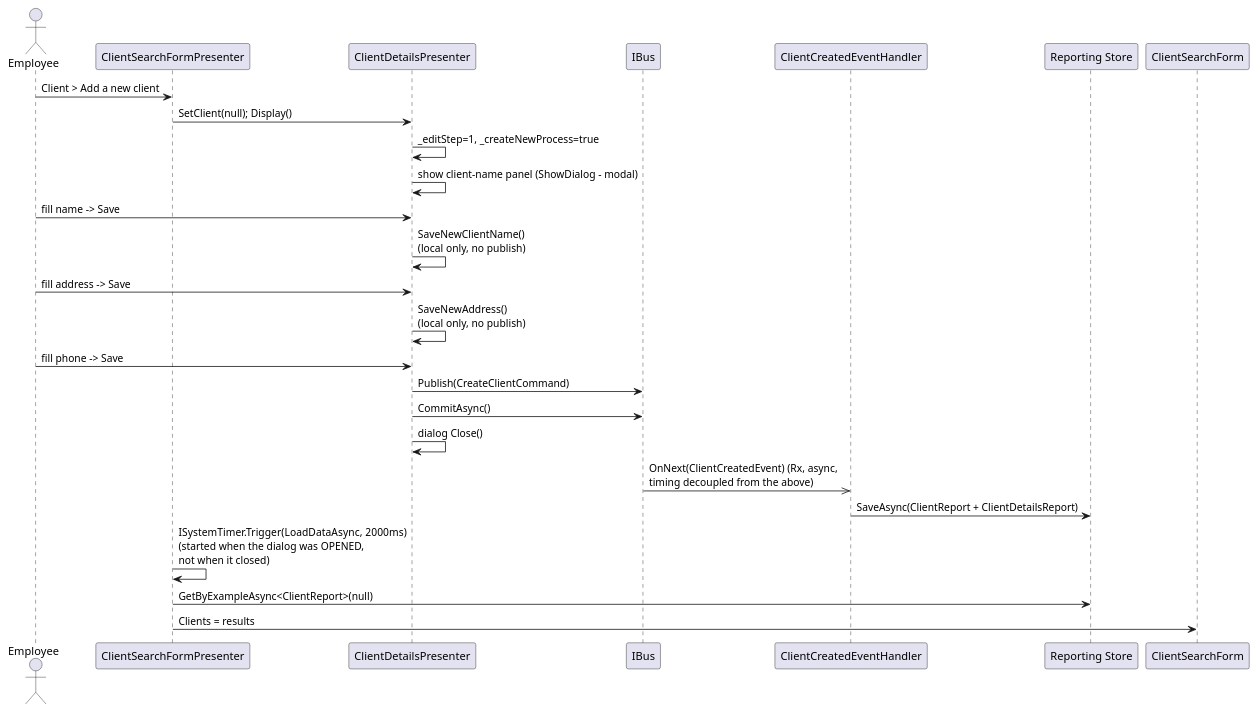
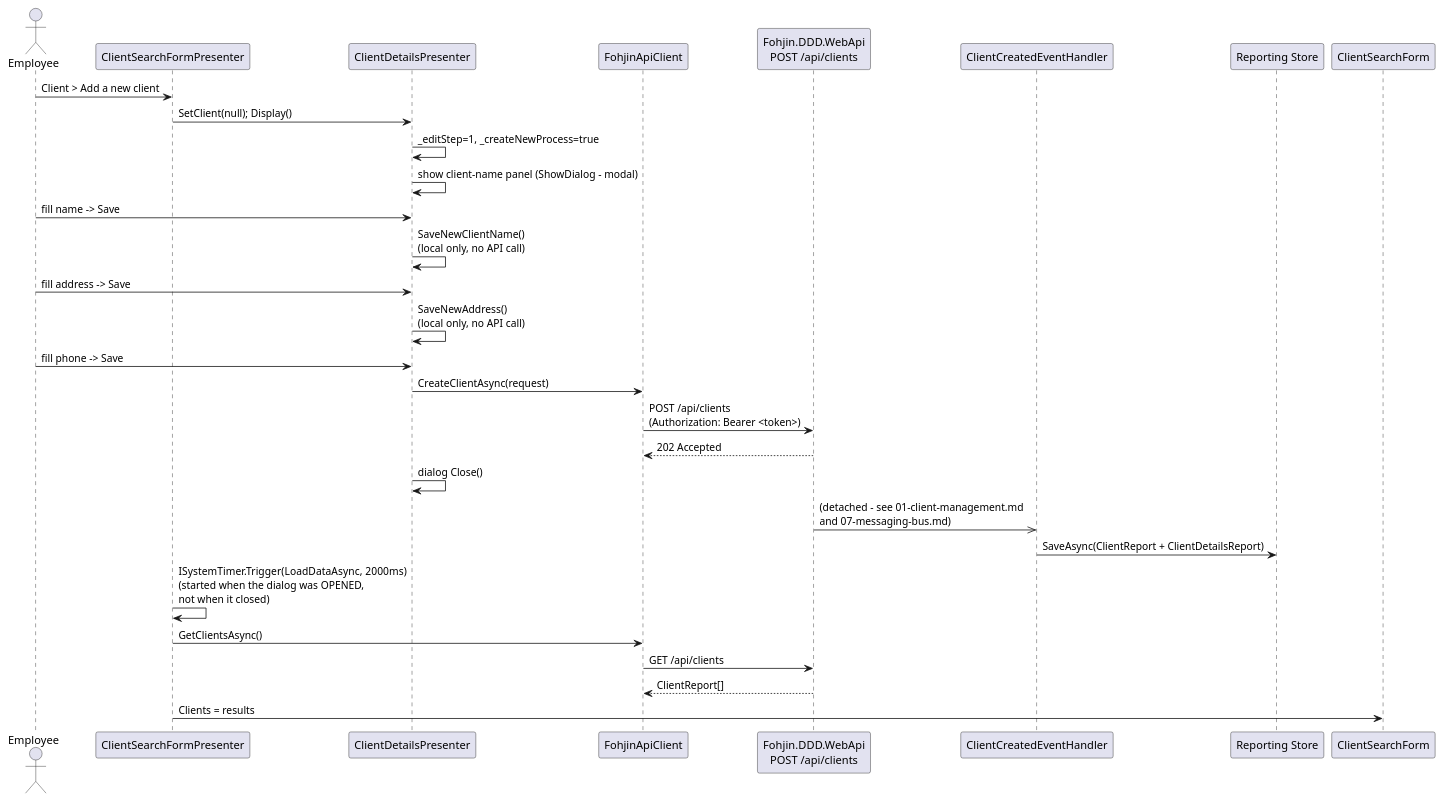
Diagram 12 of 12 in docs/09-winforms-ui.md (Mwwhited-BookLearning/fohjin-cqrs), drawn with PlantUML before and after one commit. The commit also changed other lines of this file and 8 other files, not shown here.

````diff
--- a/docs/09-winforms-ui.md
+++ b/docs/09-winforms-ui.md
@@ -271,32 +316,36 @@
 ```plantuml
 @startuml
 actor Employee
 participant "ClientSearchFormPresenter" as Search
 participant "ClientDetailsPresenter" as Details
-participant "IBus" as Bus
+participant "FohjinApiClient" as ApiClient
+participant "Fohjin.DDD.WebApi\nPOST /api/clients" as Endpoint
 participant "ClientCreatedEventHandler" as EvtHandler
 participant "Reporting Store" as Reporting
 participant "ClientSearchForm" as SearchView
 
 Employee -> Search : Client > Add a new client
 Search -> Details : SetClient(null); Display()
 Details -> Details : _editStep=1, _createNewProcess=true
 Details -> Details : show client-name panel (ShowDialog - modal)
 
 Employee -> Details : fill name -> Save
-Details -> Details : SaveNewClientName()\n(local only, no publish)
+Details -> Details : SaveNewClientName()\n(local only, no API call)
 Employee -> Details : fill address -> Save
-Details -> Details : SaveNewAddress()\n(local only, no publish)
+Details -> Details : SaveNewAddress()\n(local only, no API call)
 Employee -> Details : fill phone -> Save
-Details -> Bus : Publish(CreateClientCommand)
-Details -> Bus : CommitAsync()
+Details -> ApiClient : CreateClientAsync(request)
+ApiClient -> Endpoint : POST /api/clients\n(Authorization: Bearer <token>)
+Endpoint --> ApiClient : 202 Accepted
 Details -> Details : dialog Close()
 
-Bus ->> EvtHandler : OnNext(ClientCreatedEvent) (Rx, async,\ntiming decoupled from the above)
+Endpoint ->> EvtHandler : (detached - see 01-client-management.md\nand 07-messaging-bus.md)
 EvtHandler -> Reporting : SaveAsync(ClientReport + ClientDetailsReport)
 
 Search -> Search : ISystemTimer.Trigger(LoadDataAsync, 2000ms)\n(started when the dialog was OPENED,\nnot when it closed)
-Search -> Reporting : GetByExampleAsync<ClientReport>(null)
+Search -> ApiClient : GetClientsAsync()
+ApiClient -> Endpoint : GET /api/clients
+Endpoint --> ApiClient : ClientReport[]
 Search -> SearchView : Clients = results
 @enduml
 ```
````
